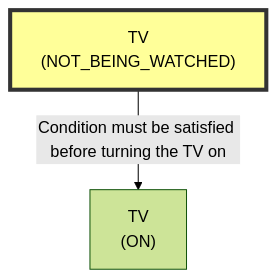
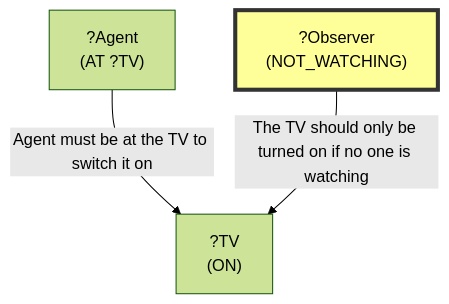
Before and after one commit to scuama/virtualhome: the first of 10 diagrams in evaluation/results/table2/robostate/non_stationarity/high/E_DYN_G02_S3_high/run_E_DYN_G02_S3_high.md, drawn with Mermaid (forest theme). The commit also changed other lines of this file and 108 other files, not shown here.

````diff
--- a/evaluation/results/table2/robostate/non_stationarity/high/E_DYN_G02_S3_high/run_E_DYN_G02_S3_high.md
+++ b/evaluation/results/table2/robostate/non_stationarity/high/E_DYN_G02_S3_high/run_E_DYN_G02_S3_high.md
@@ -98,7 +98,9 @@
 ```mermaid
 graph TD
-    N1["TV<br>(ON)"]
-    N2["TV<br>(NOT_BEING_WATCHED)"]
+    N1["?TV<br>(ON)"]
+    N2["?Observer<br>(NOT_WATCHING)"]
     style N2 fill:#ff9,stroke:#333,stroke-width:4px
-    N2 -->|"Condition must be satisfied before turning the TV on"| N1
+    N3["?Agent<br>(AT ?TV)"]
+    N3 -->|"Agent must be at the TV to switch it on"| N1
+    N2 -->|"The TV should only be turned on if no one is watching"| N1
 ```
````
